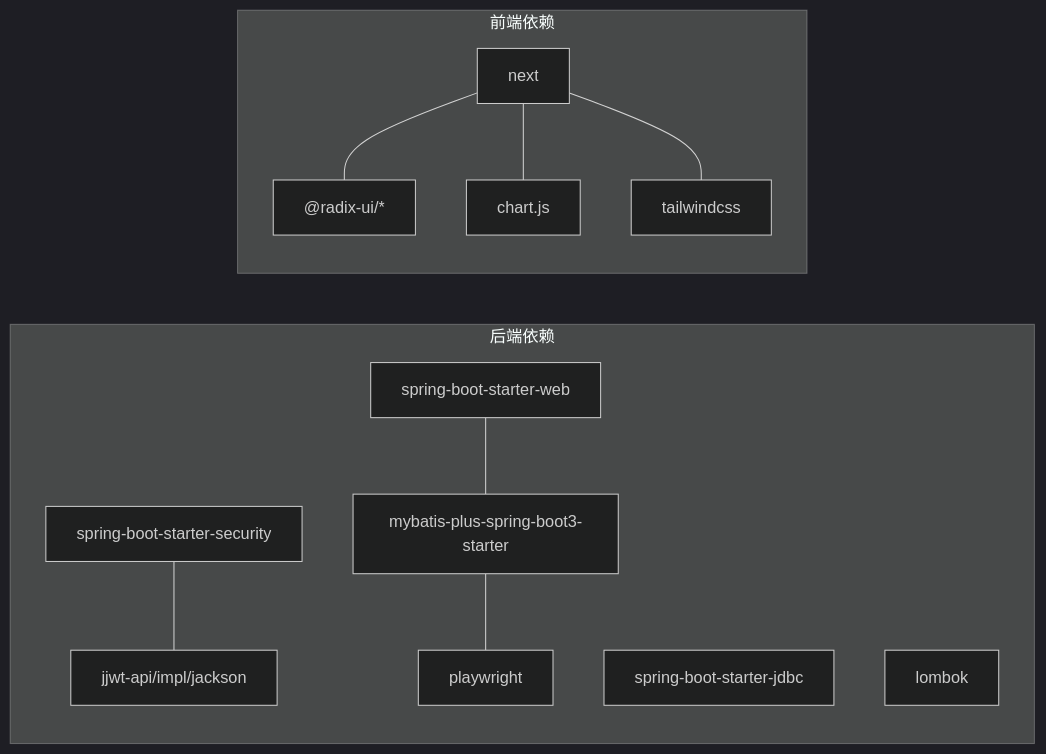
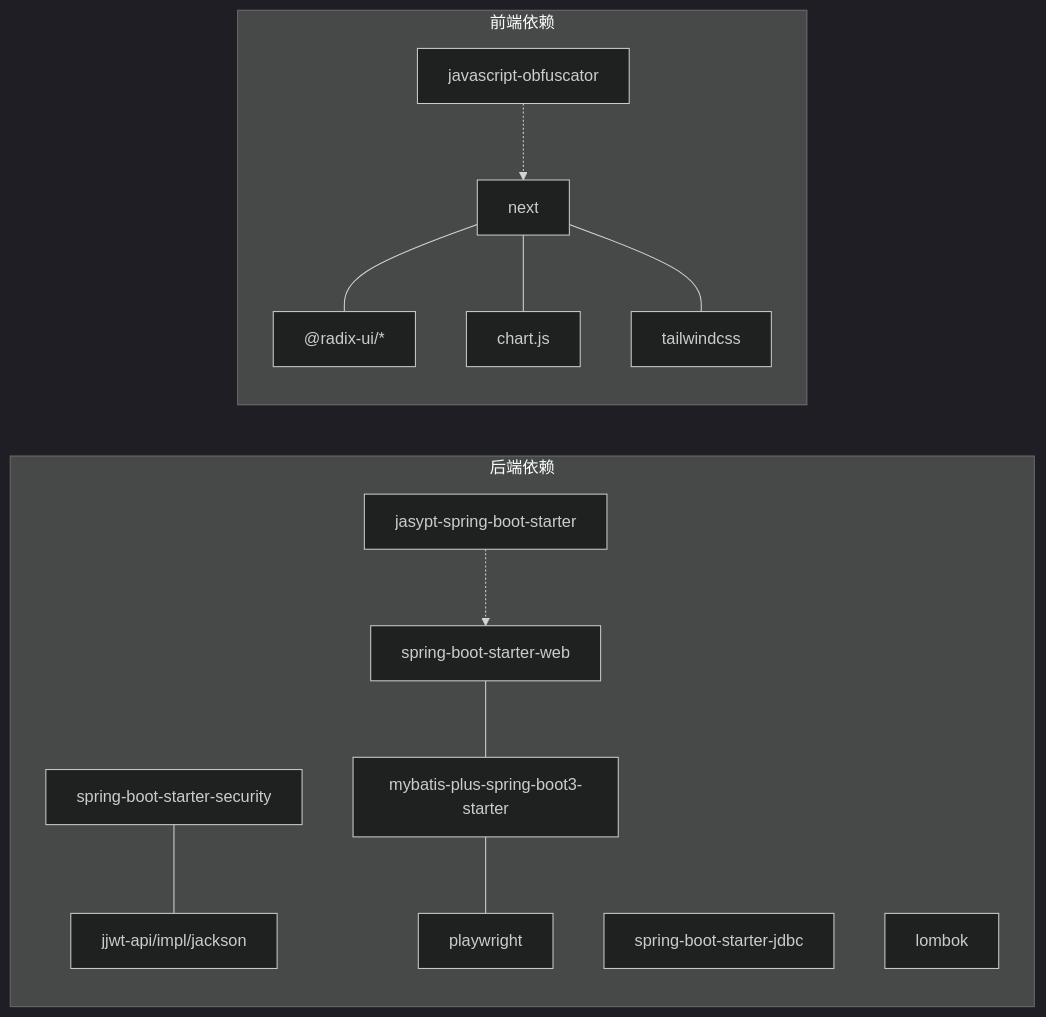
Before and after one commit to xulingfeng931027/get_jobs: the seventh of 7 diagrams in .qoder/repowiki/zh/content/部署运维/部署运维.md, drawn with Mermaid (dark theme). The commit also changed other lines of this file and 74 other files, not shown here.

````diff
--- a/.qoder/repowiki/zh/content/部署运维/部署运维.md
+++ b/.qoder/repowiki/zh/content/部署运维/部署运维.md
@@ -303,24 +610,28 @@
 ```mermaid
 graph LR
 subgraph "后端依赖"
 SWeb["spring-boot-starter-web"]
 SSec["spring-boot-starter-security"]
 SJDBC["spring-boot-starter-jdbc"]
 MB["mybatis-plus-spring-boot3-starter"]
 PW["playwright"]
 JWT["jjwt-api/impl/jackson"]
 LOMBOK["lombok"]
+JASYPT["jasypt-spring-boot-starter"]
 end
 subgraph "前端依赖"
 NEXT["next"]
 UI["@radix-ui/*"]
 CHART["chart.js"]
 TWCSS["tailwindcss"]
+JSOBF["javascript-obfuscator"]
 end
 SWeb --- MB
 SSec --- JWT
 MB --- PW
 NEXT --- UI
 NEXT --- CHART
 NEXT --- TWCSS
+JSOBF -.-> NEXT
+JASYPT -.-> SWeb
 ```
````
